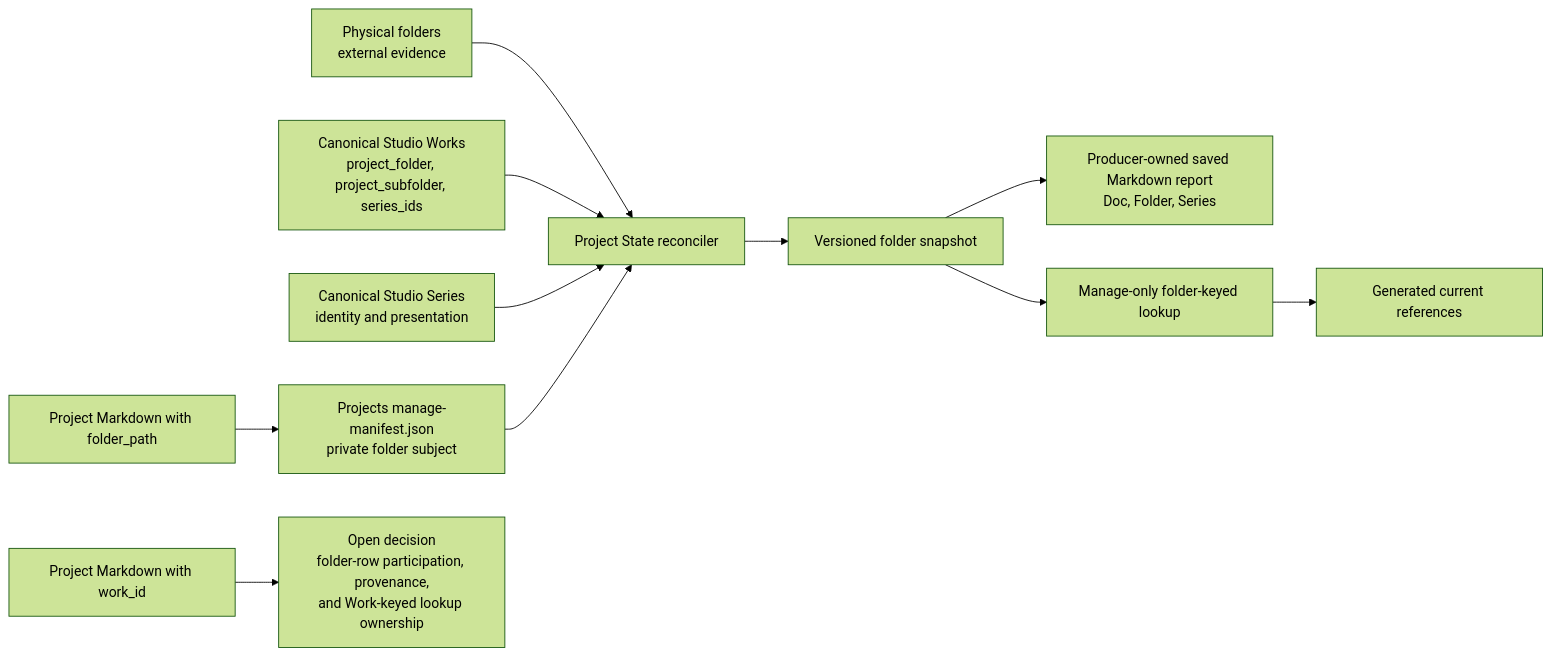
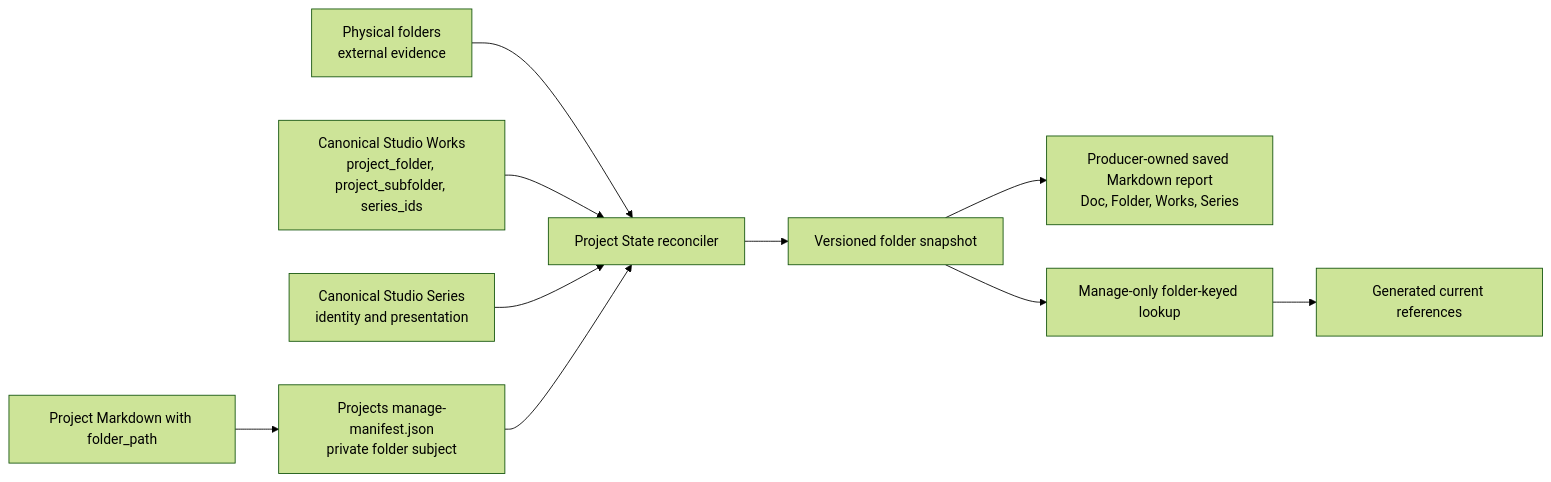
One commit to dotlineform/dotlineform-site changed the diagram in docs-viewer/scopes/studio/source/documents/d-20260802-121105-c574f9.md. Above: the diagram before and after it, drawn with Mermaid (forest theme). The commit also changed other lines of this file and 20 other files, not shown here.

````diff
--- a/docs-viewer/scopes/studio/source/documents/d-20260802-121105-c574f9.md
+++ b/docs-viewer/scopes/studio/source/documents/d-20260802-121105-c574f9.md
@@ -41,18 +42,16 @@
 ```mermaid
 flowchart LR
     accTitle: Project State folder-centred reconciliation
-    accDescr: Folder-subject Project documents, physical folder evidence, and canonical Work and Series evidence produce one generated folder snapshot, saved report, and folder-keyed lookup; Work-subject document behavior remains an open decision.
+    accDescr: Folder-subject Project documents, physical folder evidence, and canonical Work and Series evidence produce one generated folder snapshot, saved report, and folder-keyed lookup that retain exact catalogue and publication evidence.
 
     folderDocs["Project Markdown with folder_path"] --> projectManifest["Projects manage-manifest.json<br/>private folder subject"]
     folders["Physical folders<br/>external evidence"] --> reconcile["Project State reconciler"]
     works["Canonical Studio Works<br/>project_folder, project_subfolder, series_ids"] --> reconcile
     series["Canonical Studio Series<br/>identity and presentation"] --> reconcile
     projectManifest --> reconcile
 
     reconcile --> snapshot["Versioned folder snapshot"]
-    snapshot --> report["Producer-owned saved Markdown report<br/>Doc, Folder, Series"]
+    snapshot --> report["Producer-owned saved Markdown report<br/>Doc, Folder, Works, Series"]
     snapshot --> folderLookup["Manage-only folder-keyed lookup"]
     folderLookup --> resolver["Generated current references"]
-
-    workDocs["Project Markdown with work_id"] --> openDecision["Open decision<br/>folder-row participation, provenance,<br/>and Work-keyed lookup ownership"]
 ```
````
